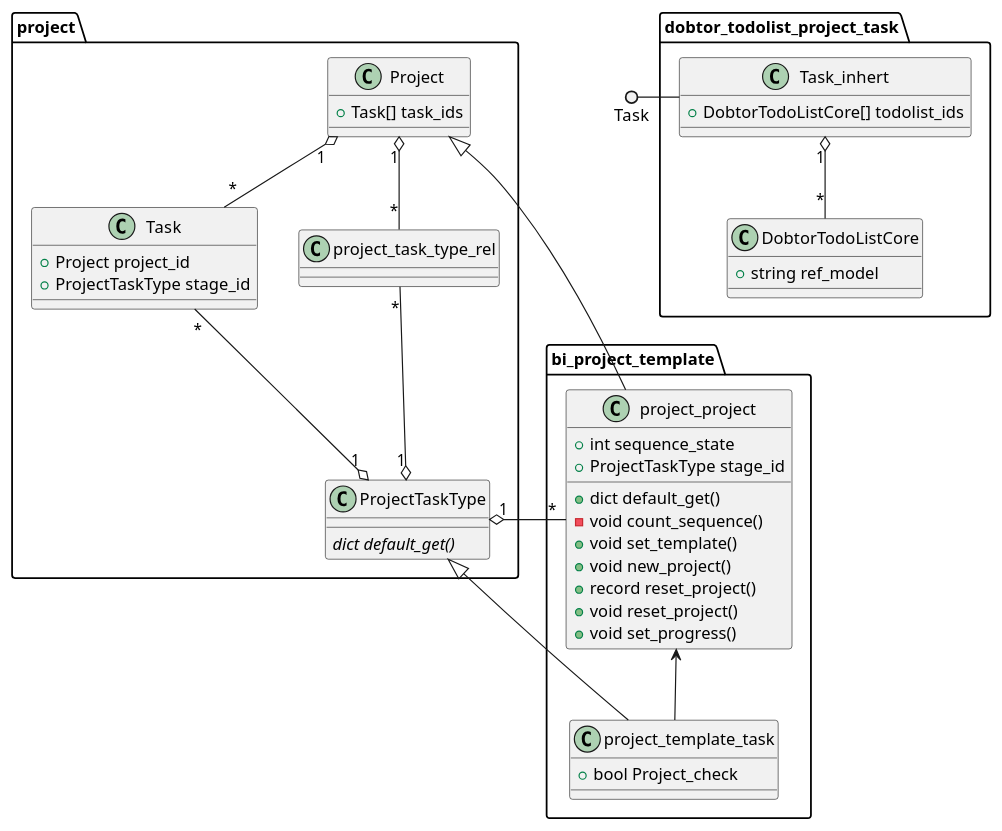
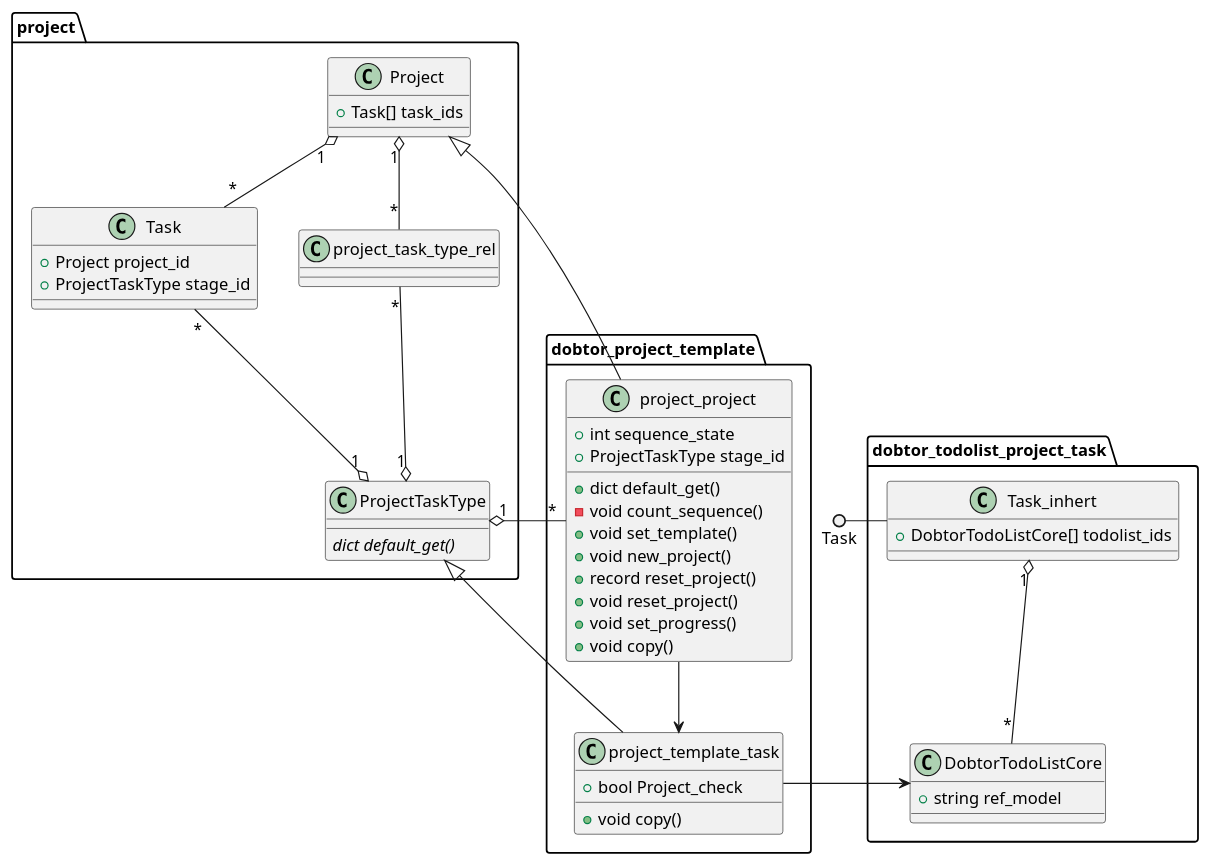
Before and after one commit to Dobtor/ProductivityTools: the diagram in dobtor_project_template/doc/uml.wsd, drawn with PlantUML. The commit also changed 2 other files, not shown here.

Commit message:
[FIX] dobtor_project_template : pickup template to copy new

```diff
--- a/dobtor_project_template/doc/uml.wsd
+++ b/dobtor_project_template/doc/uml.wsd
@@ -1,64 +1,67 @@
 @startuml
 ' skinparam monochrome true
 ' skinparam handwritten true
 ' skinparam packageFontColor red
 
 package project {
     Class Task {
         + Project project_id
         + ProjectTaskType stage_id
     }
 
     Class Project {
         + Task[] task_ids 
     }
 
     Class project_task_type_rel {
 
     }
 
     Class ProjectTaskType {
         {abstract} dict default_get()
     }
 }
 
-package bi_project_template {
+package dobtor_project_template {
     Class project_project {
         + int sequence_state
         + ProjectTaskType stage_id
         + dict default_get()
         - void count_sequence()
         + void set_template()
         + void new_project()
         + record reset_project()
         + void reset_project()
         + void set_progress()
+        + void copy()
     }
 
     Class project_template_task {
         + bool Project_check
+        + void copy()
     }
 }
 
 package dobtor_todolist_project_task {
     Class DobtorTodoListCore {
         + string ref_model
     }
 
     Class Task_inhert {
         + DobtorTodoListCore[] todolist_ids
     }
 } 
 
 
 Task "*" --o "1" ProjectTaskType
 Project "1" o-- "*" Task
 Project "1" o-- "*" project_task_type_rel
 project_task_type_rel "*" --o "1" ProjectTaskType
 Project <|- project_project
 ProjectTaskType "1" o- "*" project_project
 Task ()- Task_inhert
 Task_inhert "1" o-- "*" DobtorTodoListCore
 ProjectTaskType <|- project_template_task
-project_project <-- project_template_task
+project_project --> project_template_task
+project_template_task -> DobtorTodoListCore
 @enduml
```
